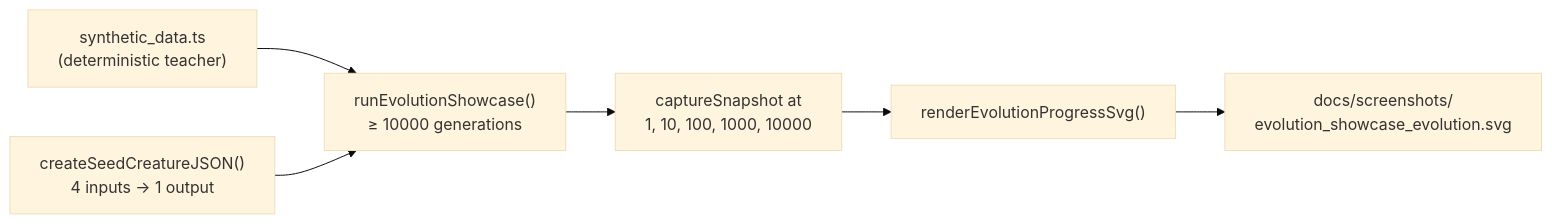
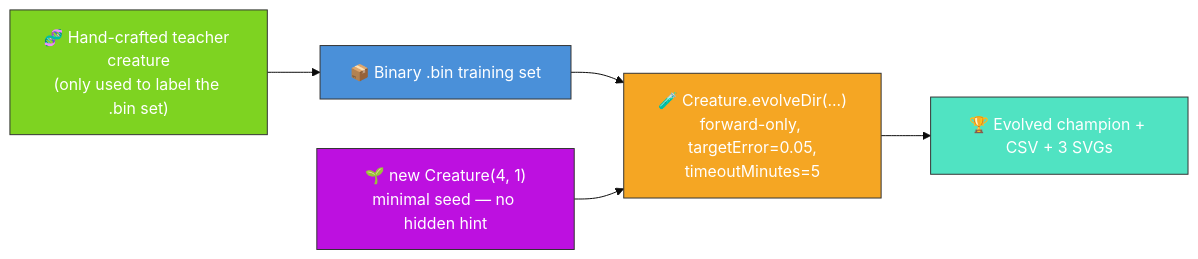
One commit to stSoftwareAU/NEAT-AI-Examples changed the diagram in evolution_showcase/README.md. Above: the diagram before and after it, drawn with Mermaid (base theme). The commit also changed other lines of this file and 8 other files, not shown here.

First line of the commit message:
evolution_showcase: minimal seed + measured telemetry (#211)

````diff
--- a/evolution_showcase/README.md
+++ b/evolution_showcase/README.md
@@ -61,15 +11,17 @@
 ```mermaid
 flowchart LR
-    DATA["synthetic_data.ts<br/>(deterministic teacher)"]
-    SEED["createSeedCreatureJSON()<br/>4 inputs → 1 output"]
-    EVOLVE["runEvolutionShowcase()<br/>≥ 10000 generations"]
-    SNAP["captureSnapshot at<br/>1, 10, 100, 1000, 10000"]
-    RENDER["renderEvolutionProgressSvg()"]
-    SVG["docs/screenshots/<br/>evolution_showcase_evolution.svg"]
-
+    REF["🧬 Hand-crafted teacher creature<br/>(only used to label the .bin set)"]
+    DATA["📦 Binary .bin training set"]
+    SEED["🌱 new Creature(4, 1)<br/>minimal seed — no hidden hint"]
+    EVOLVE["🧪 Creature.evolveDir(...)<br/>forward-only, targetError=0.05,<br/>timeoutMinutes=5"]
+    OUT["🏆 Evolved champion + CSV + 3 SVGs"]
+    REF --> DATA
     DATA --> EVOLVE
     SEED --> EVOLVE
-    EVOLVE --> SNAP
-    SNAP --> RENDER
-    RENDER --> SVG
+    EVOLVE --> OUT
+    style REF fill:#7ed321,stroke:#333,color:#fff
+    style DATA fill:#4a90d9,stroke:#333,color:#fff
+    style SEED fill:#bd10e0,stroke:#333,color:#fff
+    style EVOLVE fill:#f5a623,stroke:#333,color:#fff
+    style OUT fill:#50e3c2,stroke:#333,color:#fff
 ```
````
